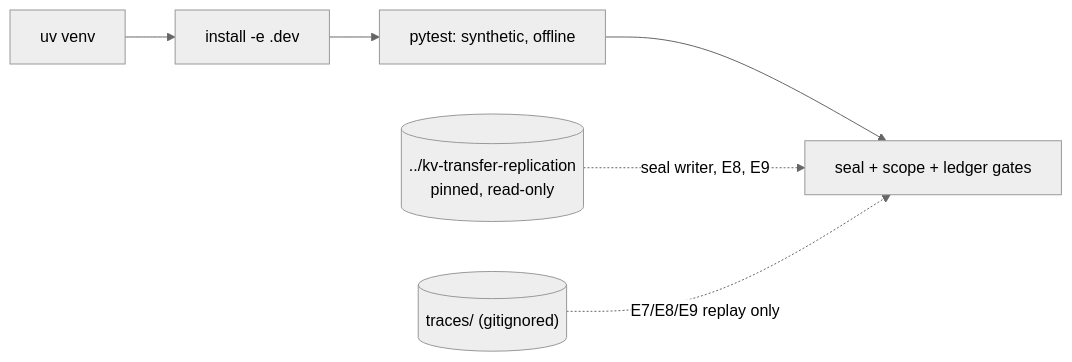
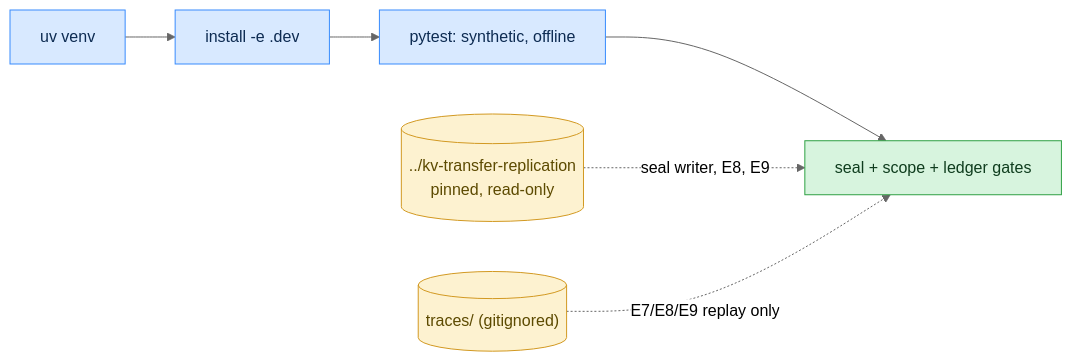
Before and after one commit to hossainpazooki/linear-ceiling: the sixth of 7 diagrams in README.md, drawn with Mermaid (neutral theme). The commit also changed other lines of this file, not shown here.

````diff
--- a/README.md
+++ b/README.md
@@ -176,6 +213,12 @@
 ```mermaid
 flowchart LR
     V[uv venv] --> D[install -e .dev] --> P[pytest: synthetic, offline] --> G[seal + scope + ledger gates]
     U[("../kv-transfer-replication<br/>pinned, read-only")] -.->|seal writer, E8, E9| G
     TR[("traces/ (gitignored)")] -.->|E7/E8/E9 replay only| G
+    classDef step fill:#d8e9ff,stroke:#388bfd,color:#0d2b52;
+    classDef gate fill:#d7f4de,stroke:#2ea043,color:#0f3d1e;
+    classDef ext fill:#fdf2d0,stroke:#d29922,color:#5c4a00;
+    class V,D,P step;
+    class G gate;
+    class U,TR ext;
 ```
````
